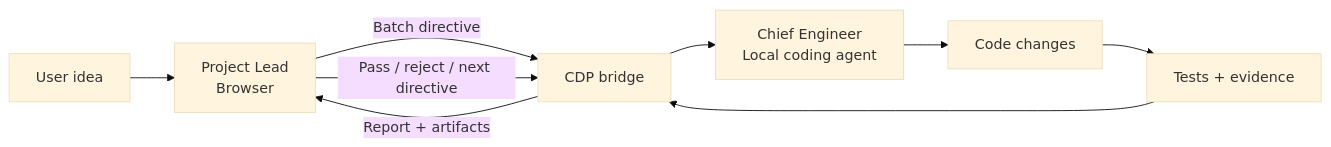
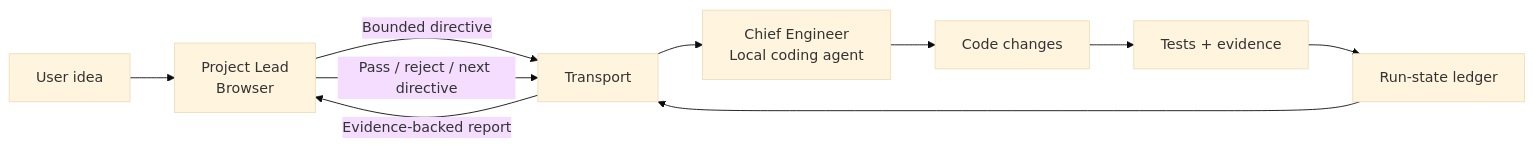
Before and after one commit to xulu1998/dual-agent-loop: the diagram in README.md, drawn with Mermaid (base theme). The commit also changed other lines of this file, not shown here.

````diff
--- a/README.md
+++ b/README.md
@@ -43,11 +118,12 @@
 ```mermaid
 flowchart LR
     U[User idea] --> L[Project Lead\nBrowser]
-    L -->|Batch directive| B[CDP bridge]
+    L -->|Bounded directive| B[Transport]
     B --> E[Chief Engineer\nLocal coding agent]
     E --> C[Code changes]
     C --> T[Tests + evidence]
-    T --> B
-    B -->|Report + artifacts| L
+    T --> S[Run-state ledger]
+    S --> B
+    B -->|Evidence-backed report| L
     L -->|Pass / reject / next directive| B
 ```
````
